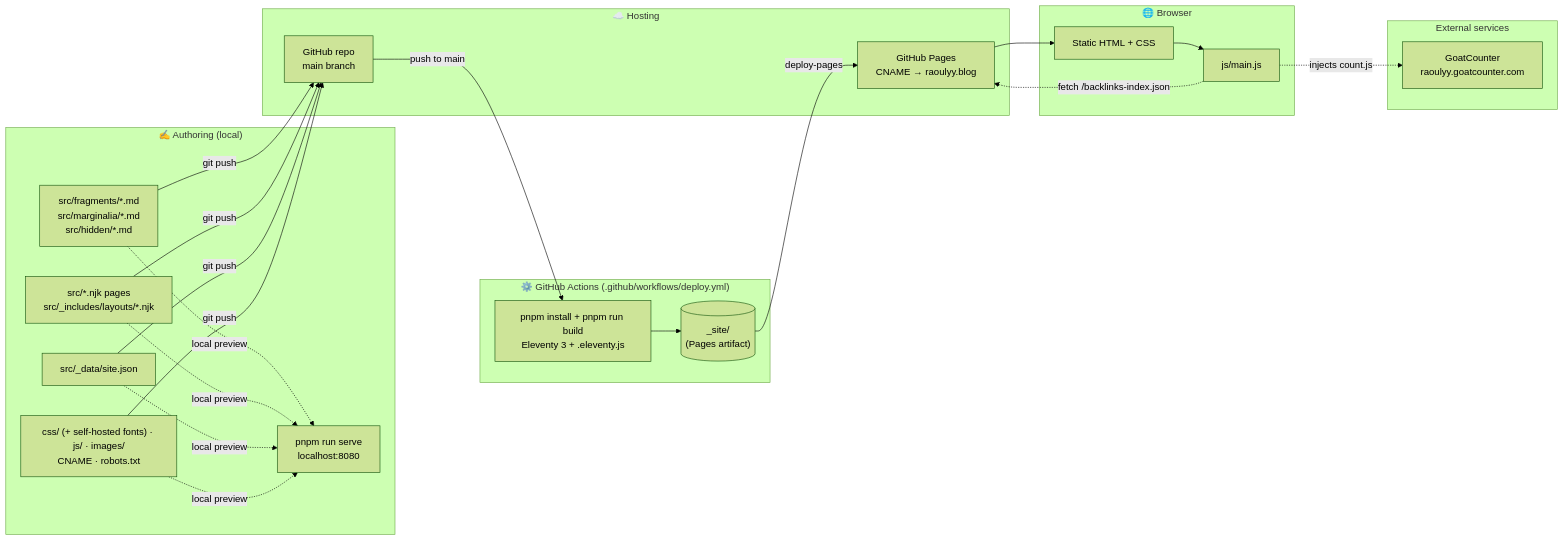
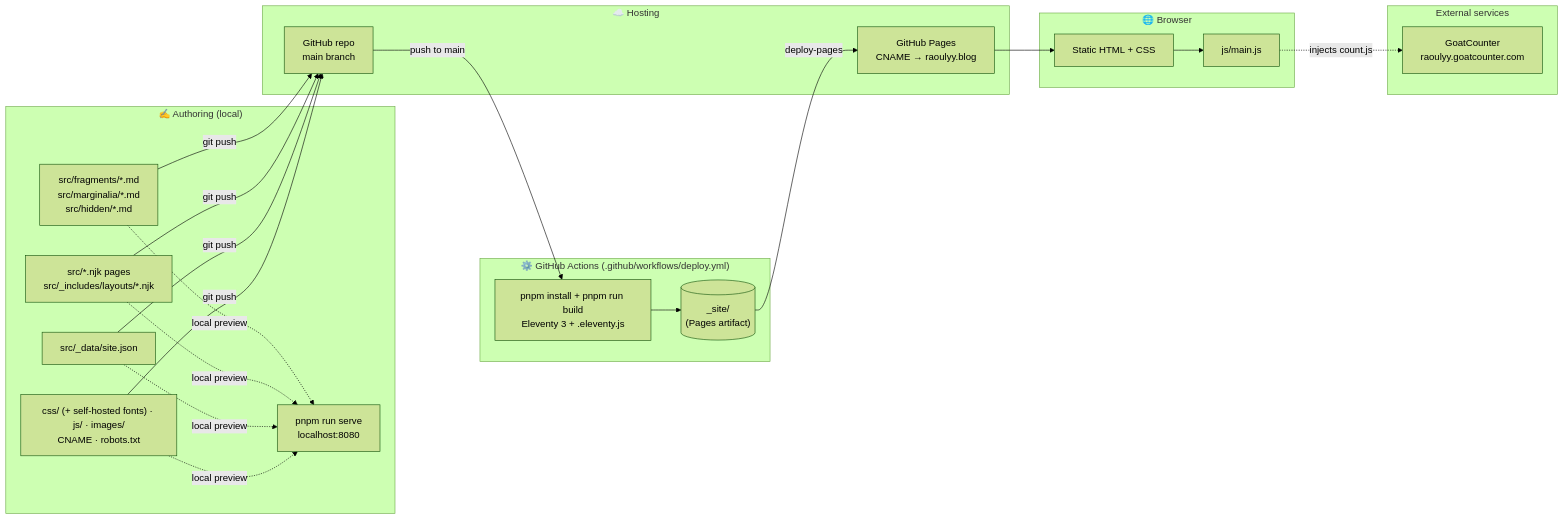
Before and after one commit to raoul-g/raoulyy-blog: the first of 9 diagrams in ARCHITECTURE.md, drawn with Mermaid (forest theme). The commit also changed other lines of this file and 11 other files, not shown here.

First line of the commit message:
replace backlinks with static topic pages

````diff
--- a/ARCHITECTURE.md
+++ b/ARCHITECTURE.md
@@ -11,37 +11,36 @@
 ```mermaid
 flowchart LR
     subgraph Author["✍️ Authoring (local)"]
         MD["src/fragments/*.md<br/>src/marginalia/*.md<br/>src/hidden/*.md"]
         NJK["src/*.njk pages<br/>src/_includes/layouts/*.njk"]
         DATA["src/_data/site.json"]
         STATIC["css/ (+ self-hosted fonts) · js/ · images/<br/>CNAME · robots.txt"]
         SERVE["pnpm run serve<br/>localhost:8080"]
     end
 
     subgraph CI["⚙️ GitHub Actions (.github/workflows/deploy.yml)"]
         ELEVENTY["pnpm install + pnpm run build<br/>Eleventy 3 + .eleventy.js"]
         SITE[("_site/<br/>(Pages artifact)")]
     end
 
     subgraph Host["☁️ Hosting"]
         GH["GitHub repo<br/>main branch"]
         PAGES["GitHub Pages<br/>CNAME → raoulyy.blog"]
     end
 
     subgraph Client["🌐 Browser"]
         HTML["Static HTML + CSS"]
         MAINJS["js/main.js"]
     end
 
     subgraph Ext["External services"]
         GOAT["GoatCounter<br/>raoulyy.goatcounter.com"]
     end
 
     MD & NJK & DATA & STATIC -. "local preview" .-> SERVE
     MD & NJK & DATA & STATIC -- git push --> GH
     GH -- "push to main" --> ELEVENTY --> SITE
     SITE -- "deploy-pages" --> PAGES
     PAGES --> HTML --> MAINJS
     MAINJS -. "injects count.js" .-> GOAT
-    MAINJS -. "fetch /backlinks-index.json" .-> PAGES
 ```
````
